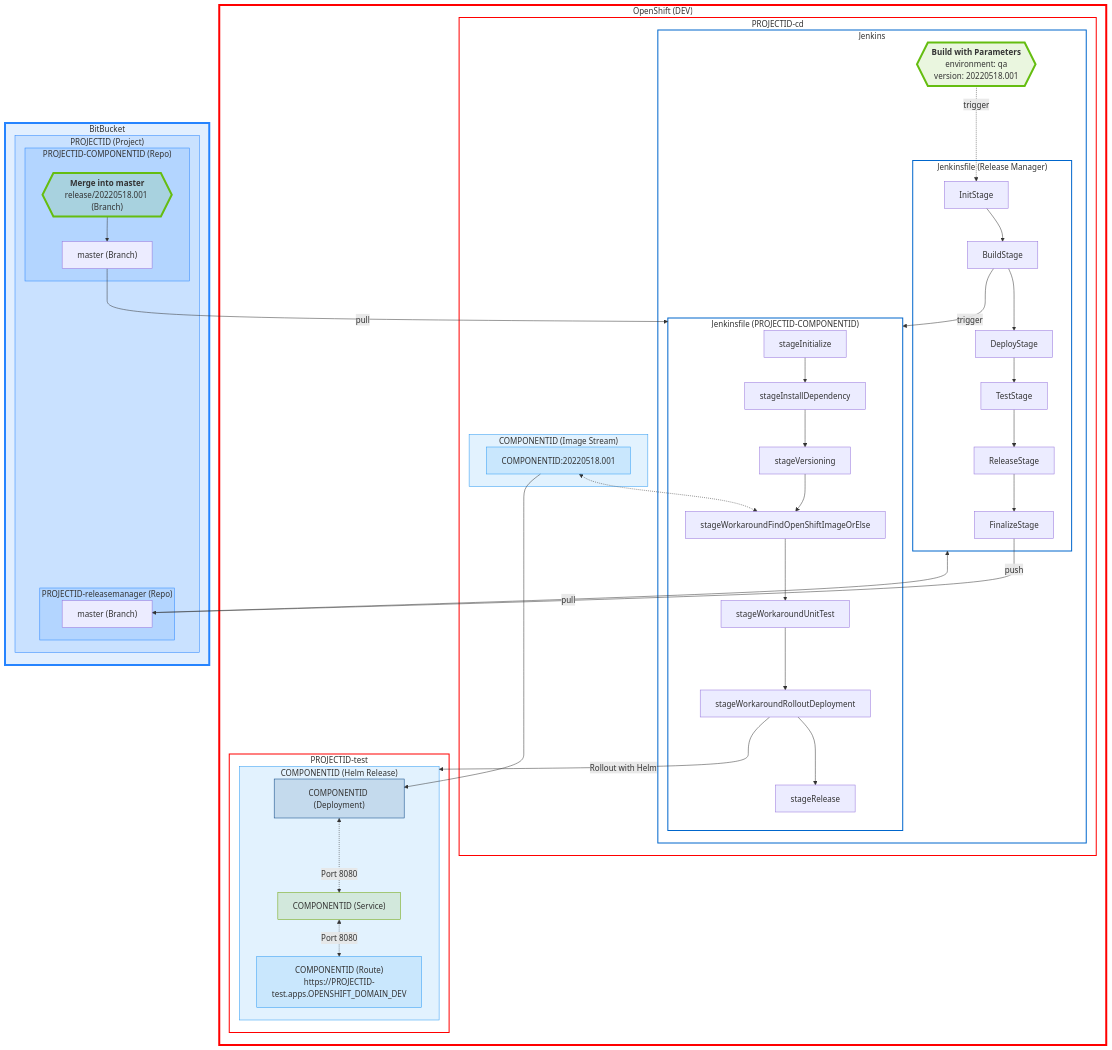
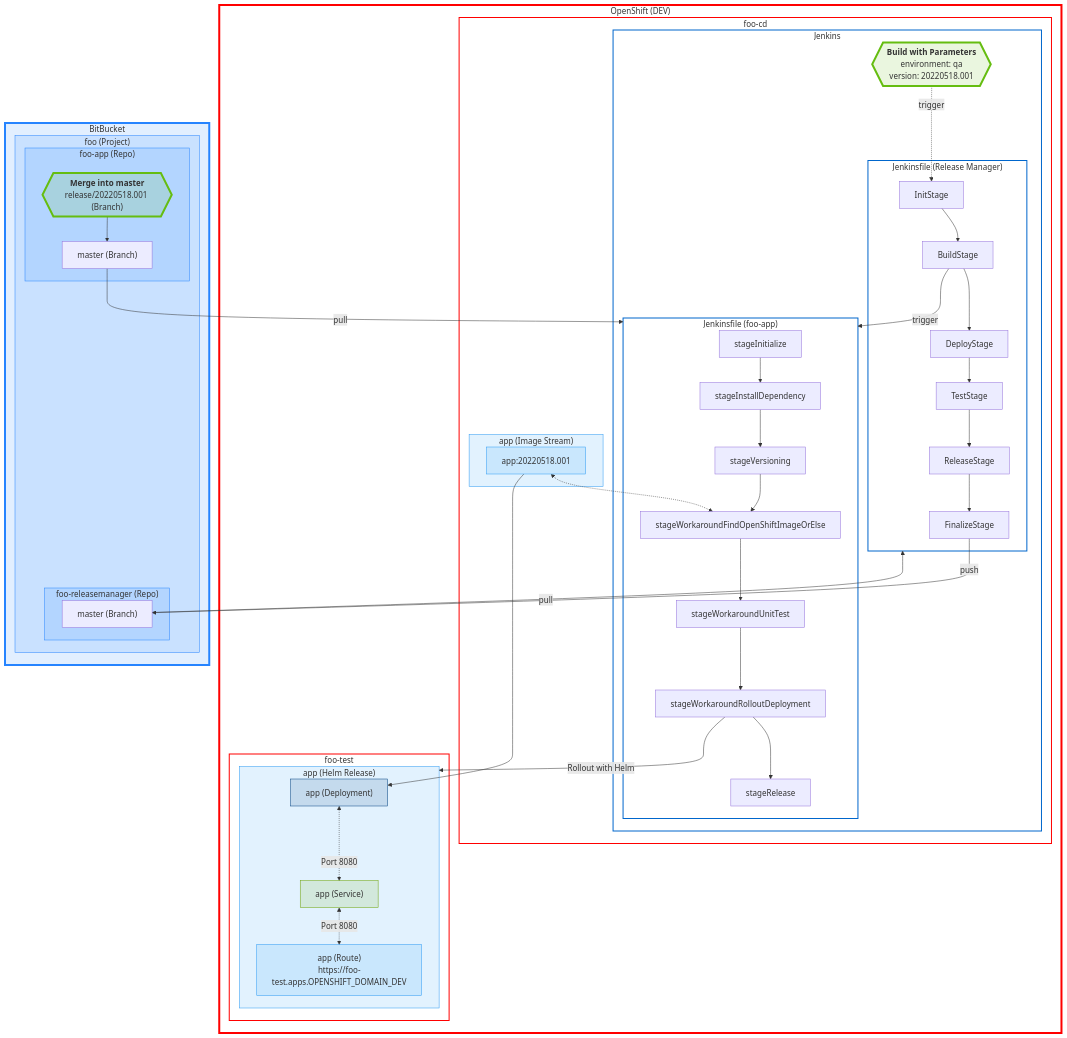
One commit to SimonGolms/ods-quickstarter-fe-ionic-react-vite-playwright changed the fourth of 5 diagrams in README.md. Above: the diagram before and after it, drawn with Mermaid. The commit also changed other lines of this file and 1 other file, not shown here.

First line of the commit message:
chore(release): 1.0.3 [skip ci]

````diff
--- a/README.md
+++ b/README.md
@@ -802,70 +802,70 @@
 ```mermaid
 %% If the Mermaid Diagram is not rendered (as is the case on BitBucket), it can be viewed at https://mermaid.live/
 flowchart TB
     subgraph openshift-dev["OpenShift (DEV)"]
-        subgraph PROJECTID-cd
+        subgraph foo-cd
             subgraph jenkins["Jenkins"]
                 build-with-parameters{{"<strong>Build with Parameters</strong>\nenvironment: qa\nversion: 20220518.001"}}:::classManualTask
                 subgraph jenkinsfile-releasemanager["Jenkinsfile (Release Manager)"]
                     InitStage --> BuildStage --> DeployStage --> TestStage --> ReleaseStage --> FinalizeStage
                 end
-                subgraph jenkinsfile-PROJECTID-COMPONENTID["Jenkinsfile (PROJECTID-COMPONENTID)"]
+                subgraph jenkinsfile-foo-app["Jenkinsfile (foo-app)"]
                     stageInitialize --> stageInstallDependency --> stageVersioning --> stageWorkaroundFindOpenShiftImageOrElse --> stageWorkaroundUnitTest --> stageWorkaroundRolloutDeployment --> stageRelease
                 end
             end
-            subgraph cd-IS-COMPONENTID["COMPONENTID (Image Stream)"]
-                cd-IST-COMPONENTID["COMPONENTID:20220518.001"]:::classImageStreamTag
+            subgraph cd-IS-app["app (Image Stream)"]
+                cd-IST-app["app:20220518.001"]:::classImageStreamTag
             end
         end
-        subgraph PROJECTID-test
-            subgraph test-HR-COMPONENTID["COMPONENTID (Helm Release)"]
-                test-D-COMPONENTID["COMPONENTID (Deployment)"]:::classDeployment <-. Port 8080 .-> test-S-COMPONENTID["COMPONENTID (Service)"]:::classService <-. Port 8080 .-> test-RT-COMPONENTID["COMPONENTID (Route)\nhttps://PROJECTID-test.apps.OPENSHIFT_DOMAIN_DEV"]:::classRoute
+        subgraph foo-test
+            subgraph test-HR-app["app (Helm Release)"]
+                test-D-app["app (Deployment)"]:::classDeployment <-. Port 8080 .-> test-S-app["app (Service)"]:::classService <-. Port 8080 .-> test-RT-app["app (Route)\nhttps://foo-test.apps.OPENSHIFT_DOMAIN_DEV"]:::classRoute
             end
         end
     end
     subgraph BitBucket
-        subgraph bitbucket-PROJECTID["PROJECTID (Project)"]
-            subgraph bitbucket-PROJECTID-COMPONENTID["PROJECTID-COMPONENTID (Repo)"]
-                bitbucket-PROJECTID-COMPONENTID-branch-master["master (Branch)"]
+        subgraph bitbucket-foo["foo (Project)"]
+            subgraph bitbucket-foo-app["foo-app (Repo)"]
+                bitbucket-foo-app-branch-master["master (Branch)"]
                 merge{{"<strong>Merge into master</strong>\nrelease/20220518.001 (Branch)"}}:::classManualTask
             end
-            subgraph bitbucket-PROJECTID-releasemanager["PROJECTID-releasemanager (Repo)"]
-                bitbucket-PROJECTID-releasemanager-branch-master["master (Branch)"]
+            subgraph bitbucket-foo-releasemanager["foo-releasemanager (Repo)"]
+                bitbucket-foo-releasemanager-branch-master["master (Branch)"]
             end
         end
     end
 
-cd-IST-COMPONENTID <-.-> stageWorkaroundFindOpenShiftImageOrElse
-cd-IST-COMPONENTID --> test-D-COMPONENTID
-bitbucket-PROJECTID-COMPONENTID-branch-master -- pull --> jenkinsfile-PROJECTID-COMPONENTID
-bitbucket-PROJECTID-releasemanager-branch-master -- pull --> jenkinsfile-releasemanager
-merge --> bitbucket-PROJECTID-COMPONENTID-branch-master["master (Branch)"]
-BuildStage -- trigger --> jenkinsfile-PROJECTID-COMPONENTID
+cd-IST-app <-.-> stageWorkaroundFindOpenShiftImageOrElse
+cd-IST-app --> test-D-app
+bitbucket-foo-app-branch-master -- pull --> jenkinsfile-foo-app
+bitbucket-foo-releasemanager-branch-master -- pull --> jenkinsfile-releasemanager
+merge --> bitbucket-foo-app-branch-master["master (Branch)"]
+BuildStage -- trigger --> jenkinsfile-foo-app
 build-with-parameters -. trigger .-> InitStage
-FinalizeStage -- push --> bitbucket-PROJECTID-releasemanager-branch-master
-stageWorkaroundRolloutDeployment -- "Rollout with Helm" --> test-HR-COMPONENTID
+FinalizeStage -- push --> bitbucket-foo-releasemanager-branch-master
+stageWorkaroundRolloutDeployment -- "Rollout with Helm" --> test-HR-app
 
 %% stlyes
 classDef classBitBucket fill:#2684FF22,stroke:#2684FF,stroke-width:4px
 classDef classBitBucketProject fill:#2684FF22,stroke:#2684FF
 classDef classBuildConfig fill:#00408022,stroke:#004080
 classDef classDeployment fill:#00408022,stroke:#004080
 classDef classDeploymentConfig fill:#00408022,stroke:#004080
 classDef classHelmRelease fill:#2b9af322,stroke:#2b9af3
 classDef classImageStream fill:#2b9af322,stroke:#2b9af3
 classDef classImageStreamTag fill:#2b9af322,stroke:#2b9af3
 classDef classOcpProject fill:#ffffff00,stroke:#f00,stroke-width:2px
 classDef classOcpResource fill:#ffffff00,stroke:#06c,stroke-width:2px
 classDef classOpenShift fill:#ffffff00,stroke:#f00,stroke-width:4px
 classDef classRoute fill:#2b9af322,stroke:#2b9af3
 classDef classService fill:#6ca10022,stroke:#6ca100
 classDef classManualTask fill:#65bd1022,stroke:#65bd10,stroke-width:4px
 
 class BitBucket classBitBucket
-class bitbucket-PROJECTID,bitbucket-PROJECTID-COMPONENTID,bitbucket-PROJECTID-releasemanager classBitBucketProject
-class test-HR-COMPONENTID classHelmRelease
-class cd-IS-COMPONENTID classImageStream
-class aqua,ods,PROJECTID-cd,PROJECTID-test classOcpProject
-class aqua-aqua,jenkins,jenkinsfile-PROJECTID-COMPONENTID,jenkinsfile-releasemanager,sonarqube,webhook-proxy classOcpResource
+class bitbucket-foo,bitbucket-foo-app,bitbucket-foo-releasemanager classBitBucketProject
+class test-HR-app classHelmRelease
+class cd-IS-app classImageStream
+class aqua,ods,foo-cd,foo-test classOcpProject
+class aqua-aqua,jenkins,jenkinsfile-foo-app,jenkinsfile-releasemanager,sonarqube,webhook-proxy classOcpResource
 class openshift-dev classOpenShift
 ```
````
